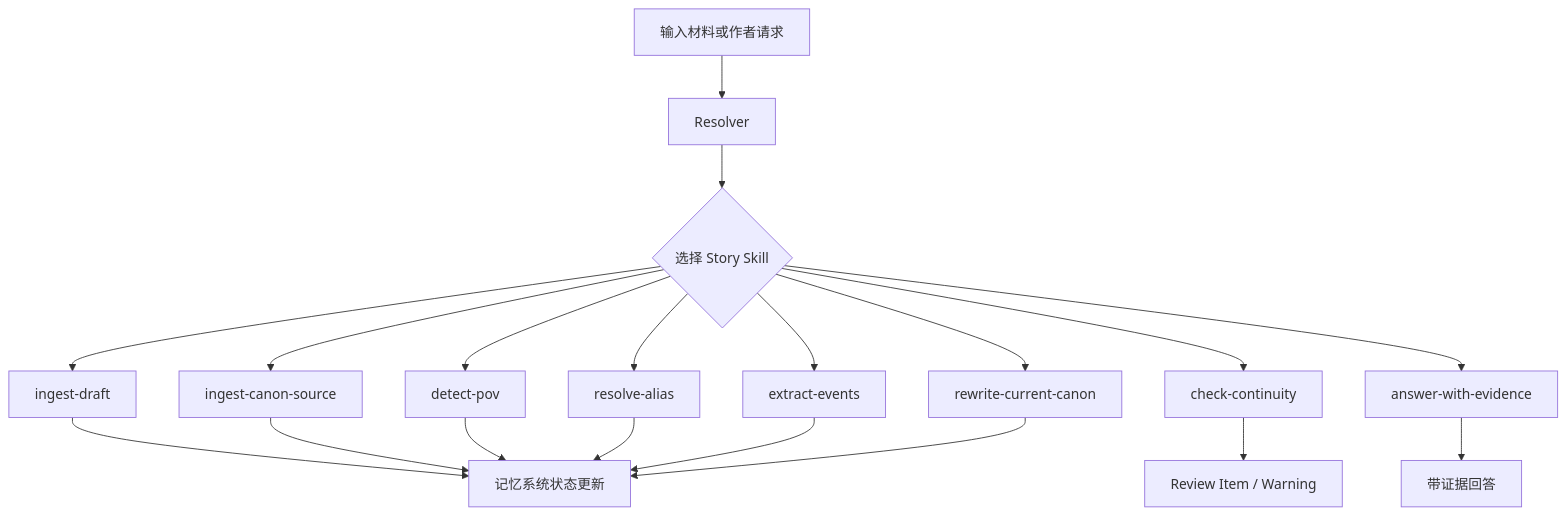
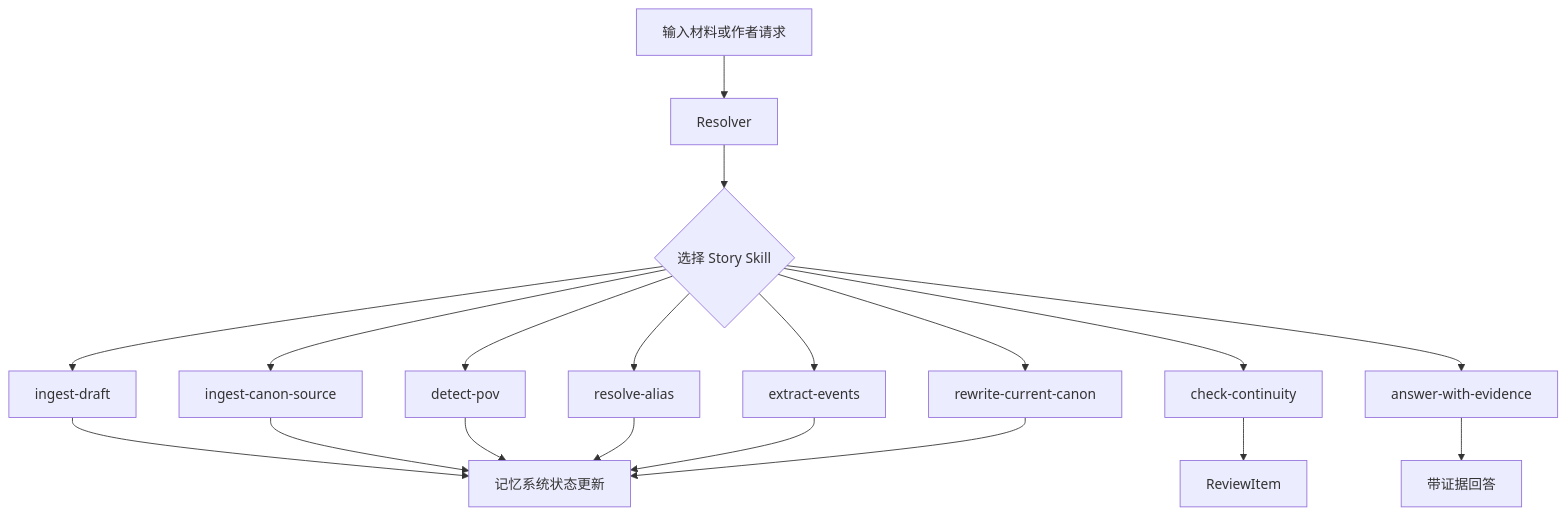
The first of 3 diagrams in goals/13-skills-and-resolver.md (FrankQDWang/sextantlabs), drawn with Mermaid before and after one commit. The commit also changed other lines of this file, not shown here.

Commit message:
Align skill outputs with ReviewItem terminology

````diff
--- a/goals/13-skills-and-resolver.md
+++ b/goals/13-skills-and-resolver.md
@@ -11,21 +11,21 @@
 ```mermaid
 flowchart TD
     A[输入材料或作者请求] --> B[Resolver]
     B --> C{选择 Story Skill}
     C --> D[ingest-draft]
     C --> E[ingest-canon-source]
     C --> F[detect-pov]
     C --> G[resolve-alias]
     C --> H[extract-events]
     C --> I[rewrite-current-canon]
     C --> J[check-continuity]
     C --> K[answer-with-evidence]
     D --> L[记忆系统状态更新]
     E --> L
     F --> L
     G --> L
     H --> L
     I --> L
-    J --> M[Review Item / Warning]
+    J --> M[ReviewItem]
     K --> N[带证据回答]
 ```
````
